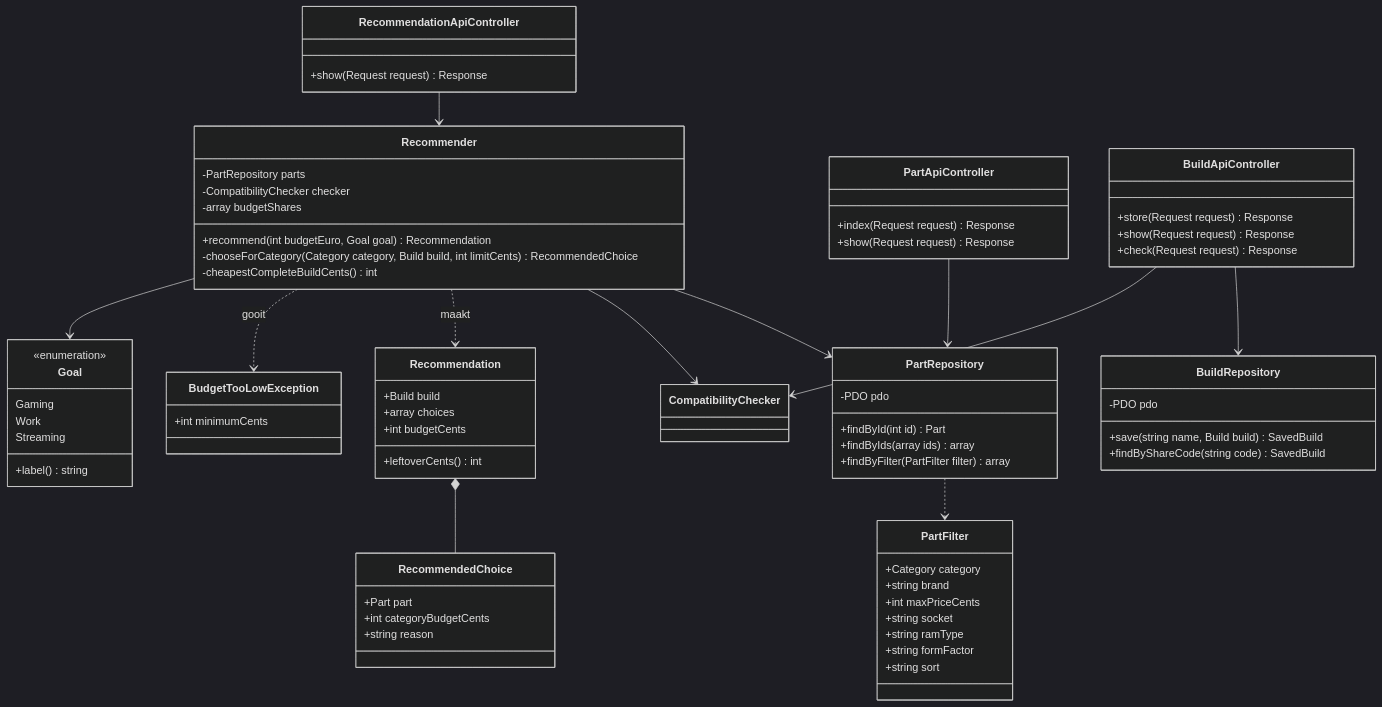
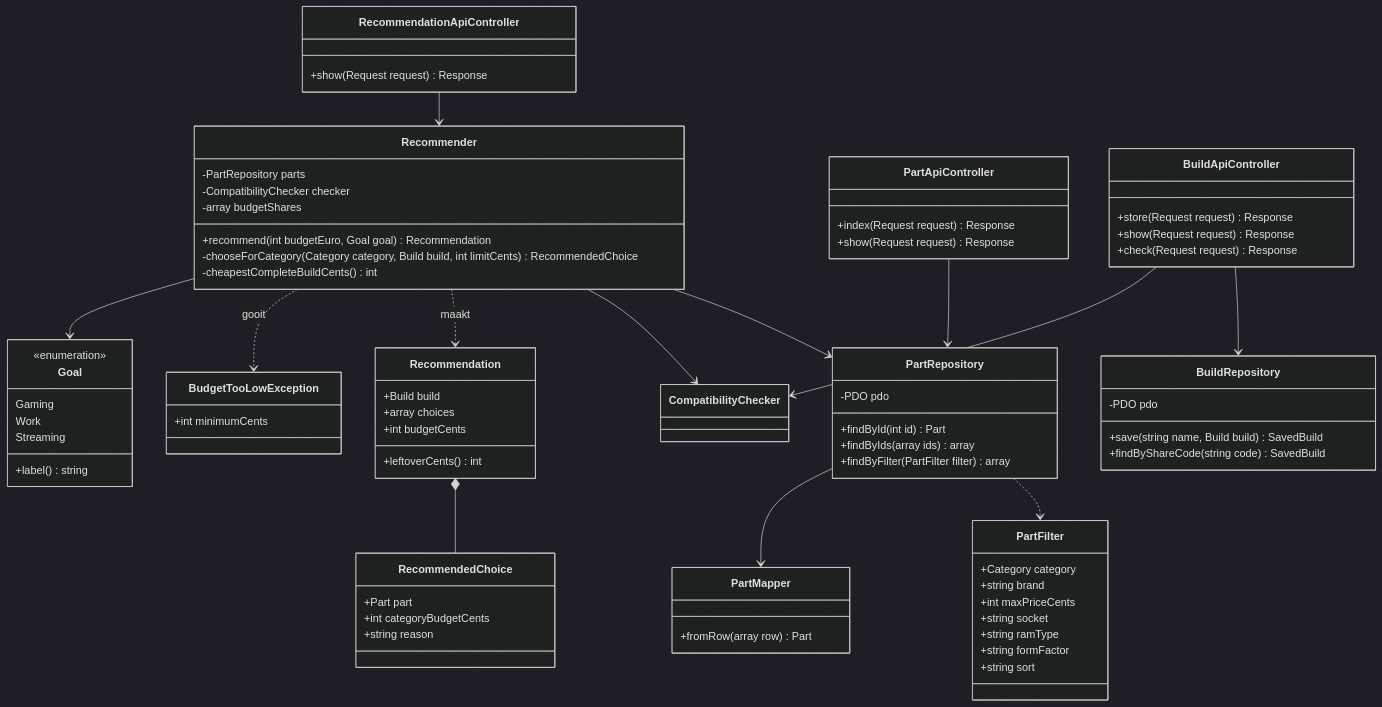
Before and after one commit to Niels023/pc-bouwplanner: the sixth of 8 diagrams in docs/ontwerp.md, drawn with Mermaid (dark theme). The commit also changed other lines of this file and 1 other file, not shown here.

Commit message:
docs: view en PartMapper in ontwerp en keuzes

````diff
--- a/docs/ontwerp.md
+++ b/docs/ontwerp.md
@@ -398,76 +401,80 @@
 ```mermaid
 classDiagram
     class Goal {
         <<enumeration>>
         Gaming
         Work
         Streaming
         +label() string
     }
     class Recommender {
         -PartRepository parts
         -CompatibilityChecker checker
         -array budgetShares
         +recommend(int budgetEuro, Goal goal) Recommendation
         -chooseForCategory(Category category, Build build, int limitCents) RecommendedChoice
         -cheapestCompleteBuildCents() int
     }
     class Recommendation {
         +Build build
         +array choices
         +int budgetCents
         +leftoverCents() int
     }
     class RecommendedChoice {
         +Part part
         +int categoryBudgetCents
         +string reason
     }
     class BudgetTooLowException {
         +int minimumCents
     }
     class PartRepository {
         -PDO pdo
         +findById(int id) Part
         +findByIds(array ids) array
         +findByFilter(PartFilter filter) array
     }
+    class PartMapper {
+        +fromRow(array row) Part
+    }
     class PartFilter {
         +Category category
         +string brand
         +int maxPriceCents
         +string socket
         +string ramType
         +string formFactor
         +string sort
     }
     class BuildRepository {
         -PDO pdo
         +save(string name, Build build) SavedBuild
         +findByShareCode(string code) SavedBuild
     }
     class PartApiController {
         +index(Request request) Response
         +show(Request request) Response
     }
     class BuildApiController {
         +store(Request request) Response
         +show(Request request) Response
         +check(Request request) Response
     }
     class RecommendationApiController {
         +show(Request request) Response
     }
 
     Recommender --> PartRepository
     Recommender --> CompatibilityChecker
     Recommender ..> Recommendation : maakt
     Recommender ..> BudgetTooLowException : gooit
     Recommender --> Goal
     Recommendation *-- RecommendedChoice
     PartRepository ..> PartFilter
+    PartRepository --> PartMapper
     PartApiController --> PartRepository
     BuildApiController --> BuildRepository
     BuildApiController --> CompatibilityChecker
     RecommendationApiController --> Recommender
 ```
````
